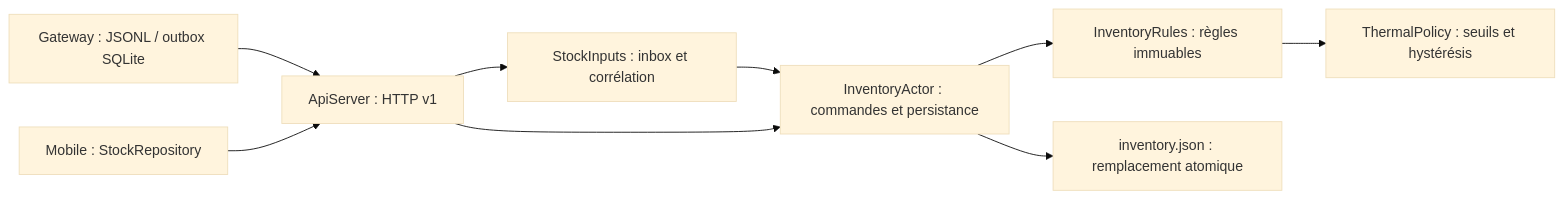
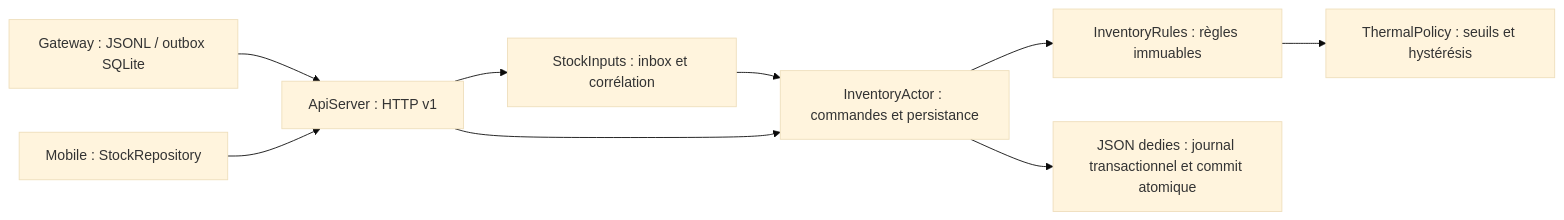
One commit to ebarrach/SmartStock changed the diagram in method/design/SCALA_ACTORS.md. Above: the diagram before and after it, drawn with Mermaid (base theme). The commit also changed 76 other files, not shown here.

````diff
--- a/method/design/SCALA_ACTORS.md
+++ b/method/design/SCALA_ACTORS.md
@@ -62,11 +62,11 @@
 ```mermaid
 flowchart LR
     Gateway[Gateway : JSONL / outbox SQLite] --> API[ApiServer : HTTP v1]
     Mobile[Mobile : StockRepository] --> API
     API --> Inputs[StockInputs : inbox et corrélation]
     Inputs --> Inventory[InventoryActor : commandes et persistance]
     API --> Inventory
     Rules --> Thermal[ThermalPolicy : seuils et hystérésis]
     Inventory --> Rules[InventoryRules : règles immuables]
-    Inventory --> Disk[inventory.json : remplacement atomique]
+    Inventory --> Disk[JSON dedies : journal transactionnel et commit atomique]
 ```
````
